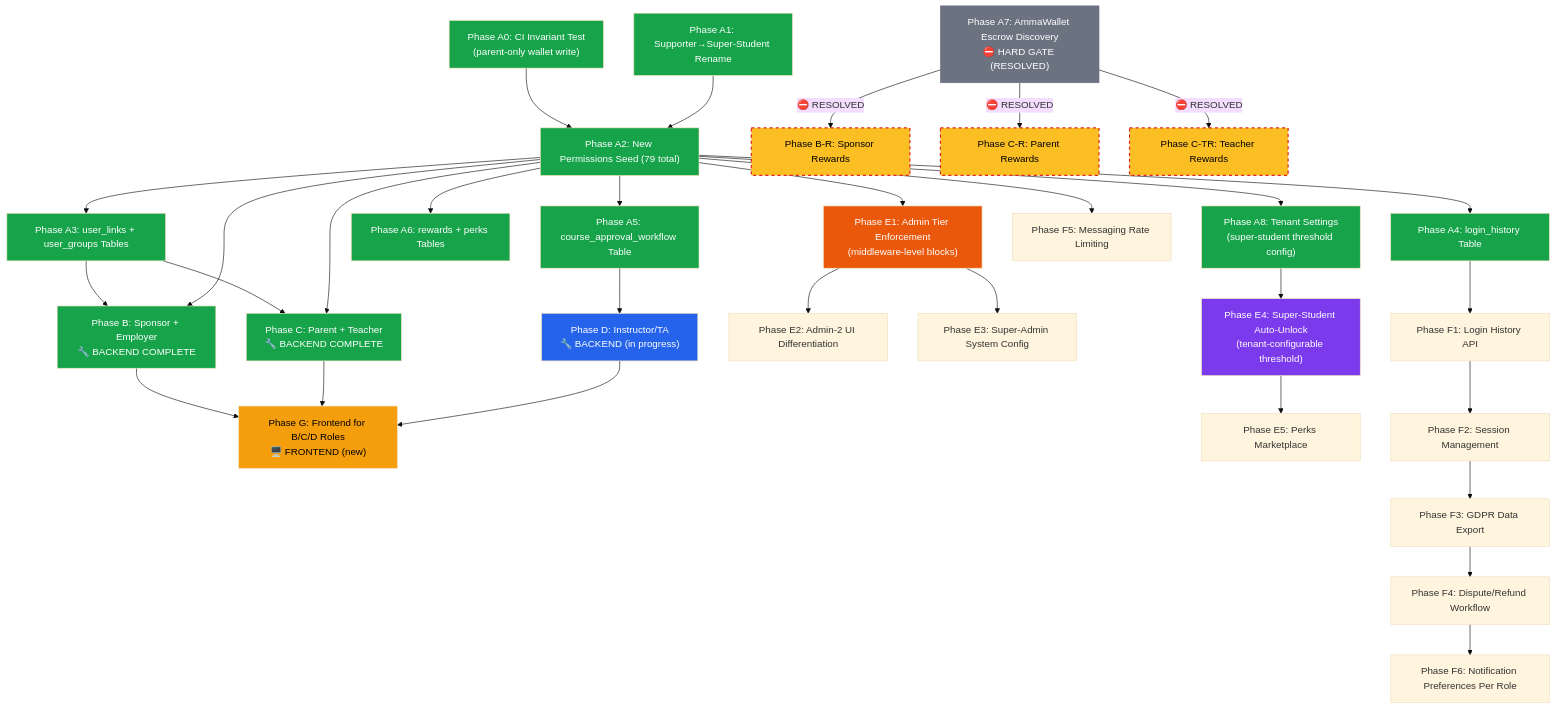
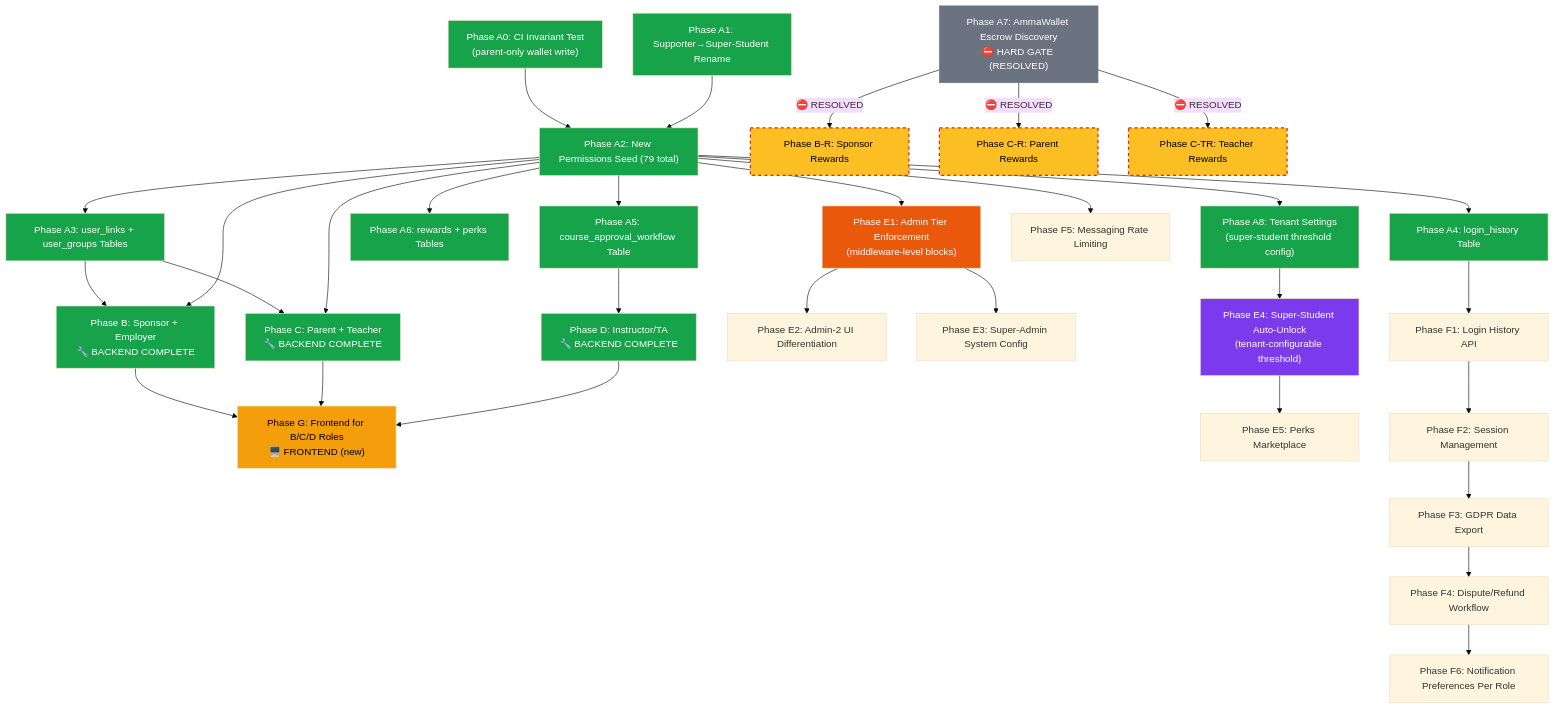
The diagram in docs/superpowers/diagrams/phase-dependency.md (SM-Web-Systems/lms-crypto-production), drawn with Mermaid (base theme) before and after one commit. The commit also changed other lines of this file and 1 other file, not shown here.

Commit message:
docs: mark Phase D complete — 795/795 tests, update dependency diagram

```diff
--- a/docs/superpowers/diagrams/phase-dependency.md
+++ b/docs/superpowers/diagrams/phase-dependency.md
@@ -17,7 +17,7 @@
     B_BE["Phase B: Sponsor + Employer<br/>🔧 BACKEND COMPLETE"]
     C_BE["Phase C: Parent + Teacher<br/>🔧 BACKEND COMPLETE"]
 
-    D_BE["Phase D: Instructor/TA<br/>🔧 BACKEND (in progress)"]
+    D_BE["Phase D: Instructor/TA<br/>🔧 BACKEND COMPLETE"]
 
     G_FE["Phase G: Frontend for B/C/D Roles<br/>🖥️ FRONTEND (new)"]
 
@@ -93,8 +93,9 @@
     style B_BE fill:#16a34a,color:#fff
     style C_BE fill:#16a34a,color:#fff
 
-    %% IN PROGRESS
-    style D_BE fill:#2563eb,color:#fff
+    %% COMPLETE
+    style D_BE fill:#16a34a,color:#fff
+    %% NEW — Frontend
     style G_FE fill:#f59e0b,color:#000
 
     %% Resolved gate
```
